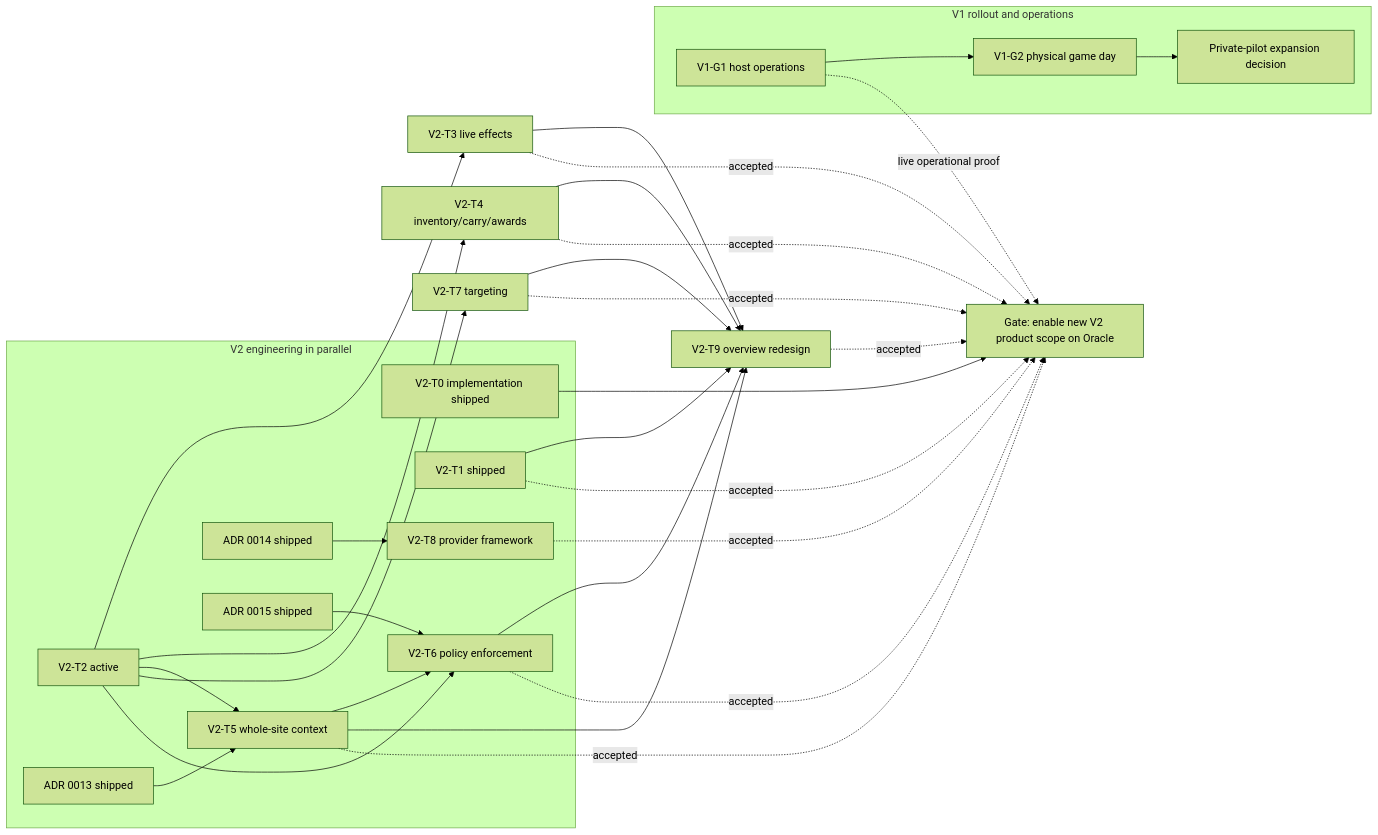
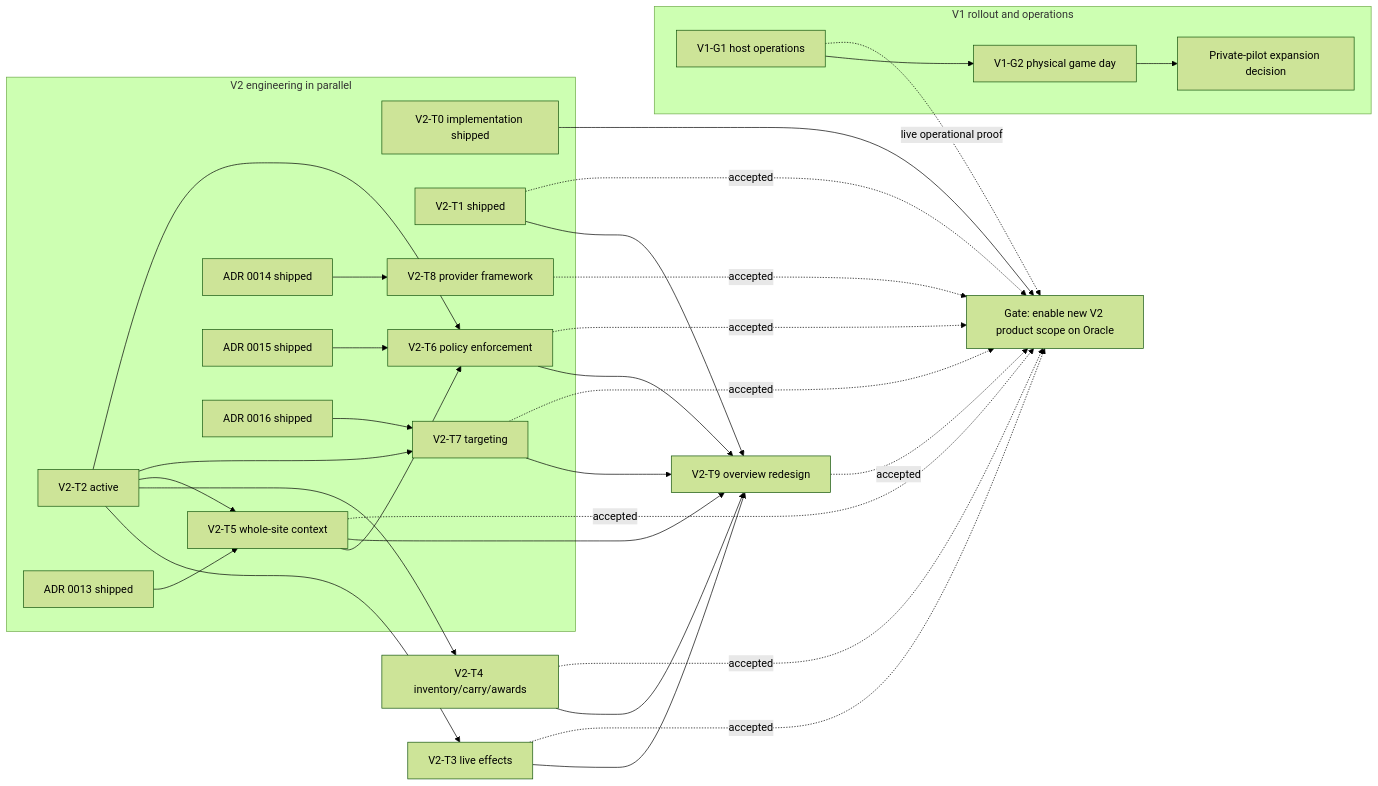
Before and after one commit to TrueMichato/ThelemarTools: the diagram in docs/hub/roadmap.md, drawn with Mermaid (forest theme). The commit also changed other lines of this file and 4 other files, not shown here.

````diff
--- a/docs/hub/roadmap.md
+++ b/docs/hub/roadmap.md
@@ -385,37 +387,38 @@
 ```mermaid
 flowchart LR
   subgraph Rollout[V1 rollout and operations]
     G1[V1-G1 host operations] --> G2[V1-G2 physical game day]
     G2 --> GO[Private-pilot expansion decision]
   end
   subgraph Engineering[V2 engineering in parallel]
     T0[V2-T0 implementation shipped]
     T1[V2-T1 shipped]
     T2[V2-T2 active]
     P13[ADR 0013 shipped] --> T5[V2-T5 whole-site context]
     P14[ADR 0014 shipped] --> T8[V2-T8 provider framework]
     P15[ADR 0015 shipped] --> T6[V2-T6 policy enforcement]
+    P16[ADR 0016 shipped] --> T7[V2-T7 targeting]
   end
   T2 --> T3[V2-T3 live effects]
   T2 --> T4[V2-T4 inventory/carry/awards]
   T2 --> T5
   T2 --> T7[V2-T7 targeting]
   T5 --> T6
   T2 --> T6
   T1 --> T9[V2-T9 overview redesign]
   T3 --> T9
   T4 --> T9
   T5 --> T9
   T6 --> T9
   T7 --> T9
   T0 --> ENABLE[Gate: enable new V2 product scope on Oracle]
   T1 -. accepted .-> ENABLE
   T3 -. accepted .-> ENABLE
   T4 -. accepted .-> ENABLE
   T5 -. accepted .-> ENABLE
   T6 -. accepted .-> ENABLE
   T7 -. accepted .-> ENABLE
   T8 -. accepted .-> ENABLE
   T9 -. accepted .-> ENABLE
   G1 -. live operational proof .-> ENABLE
 ```
````
